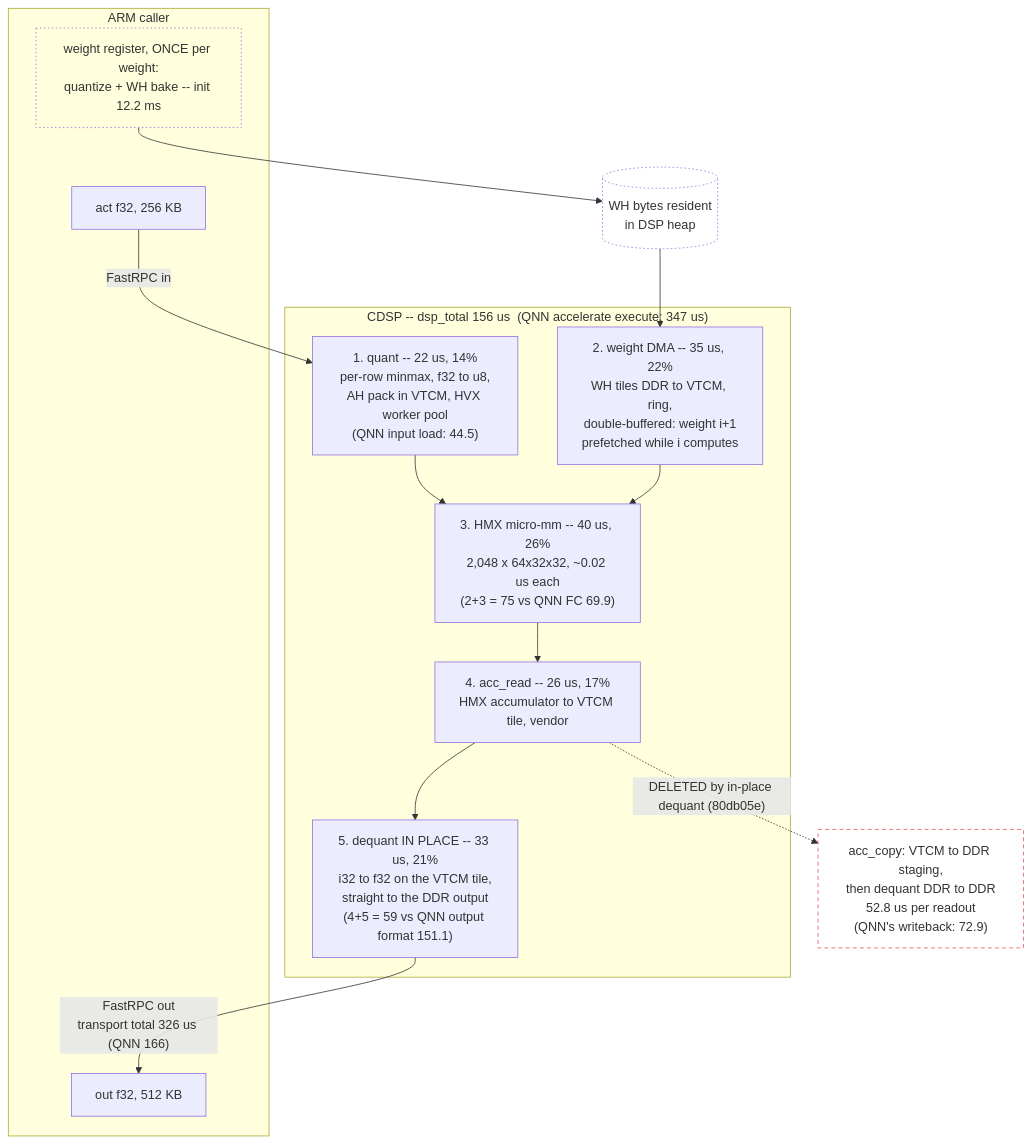
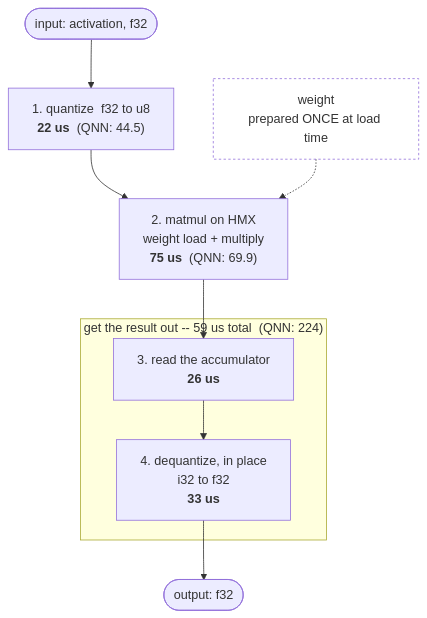
Before and after one commit to Seunghui98/nntrainer: the first of 2 diagrams in docs/htp_attention/34_fc_measured.md, drawn with Mermaid. The commit also changed other lines of this file, not shown here.

Commit message:
[doc] Redraw the FC flow for a first-time reader
The previous mermaid figure put every mechanism (DMA ring, VTCM, ramp
probe, transport) into one graph, which is the reference reader's diagram,
not the one you explain from. Split it: a four-step pipeline where each
box is one verb and one number with QNN's beside it, then a two-panel
BEFORE/NOW for the single change that carries the story -- the deleted
DDR copy. The full-detail figure stays below in ASCII.

````diff
--- a/docs/htp_attention/34_fc_measured.md
+++ b/docs/htp_attention/34_fc_measured.md
@@ -88,34 +88,22 @@
 ```mermaid
 flowchart TB
-  subgraph ARM["ARM caller"]
-    IN["act f32, 256 KB"]
-    OUT["out f32, 512 KB"]
-    REG["weight register, ONCE per weight:<br/>quantize + WH bake -- init 12.2 ms"]
+  IN(["input: activation, f32"])
+  W["weight<br/>prepared ONCE at load time"]
+
+  Q["1. quantize&nbsp;&nbsp;f32 to u8<br/><b>22 us</b>&nbsp;&nbsp;(QNN: 44.5)"]
+  MM["2. matmul on HMX<br/>weight load + multiply<br/><b>75 us</b>&nbsp;&nbsp;(QNN: 69.9)"]
+
+  subgraph OUTP["get the result out -- 59 us total&nbsp;&nbsp;(QNN: 224)"]
+    RD["3. read the accumulator<br/><b>26 us</b>"]
+    DQ["4. dequantize, in place<br/>i32 to f32<br/><b>33 us</b>"]
   end
 
-  subgraph DSP["CDSP -- dsp_total 156 us&nbsp;&nbsp;(QNN accelerate execute: 347 us)"]
-    Q["1. quant -- 22 us, 14%<br/>per-row minmax, f32 to u8,<br/>AH pack in VTCM, HVX worker pool<br/>(QNN input load: 44.5)"]
-    DMA["2. weight DMA -- 35 us, 22%<br/>WH tiles DDR to VTCM, ring,<br/>double-buffered: weight i+1<br/>prefetched while i computes"]
-    MM["3. HMX micro-mm -- 40 us, 26%<br/>2,048 x 64x32x32, ~0.02 us each<br/>(2+3 = 75 vs QNN FC 69.9)"]
-    RD["4. acc_read -- 26 us, 17%<br/>HMX accumulator to VTCM tile, vendor"]
-    DQ["5. dequant IN PLACE -- 33 us, 21%<br/>i32 to f32 on the VTCM tile,<br/>straight to the DDR output<br/>(4+5 = 59 vs QNN output format 151.1)"]
-  end
+  OUT(["output: f32"])
 
-  WH[("WH bytes resident<br/>in DSP heap")]
-  DEL["acc_copy: VTCM to DDR staging,<br/>then dequant DDR to DDR<br/>52.8 us per readout<br/>(QNN's writeback: 72.9)"]
+  IN --> Q --> MM
+  W -.-> MM
+  MM --> RD --> DQ --> OUT
 
-  IN -->|"FastRPC in"| Q
-  REG --> WH
-  WH --> DMA
-  Q --> MM
-  DMA --> MM
-  MM --> RD
-  RD --> DQ
-  DQ -->|"FastRPC out<br/>transport total 326 us (QNN 166)"| OUT
-  RD -.->|"DELETED by in-place dequant (80db05e)"| DEL
-
-  classDef del fill:none,stroke:#e45756,stroke-dasharray:5 4;
-  classDef once fill:none,stroke-dasharray:2 3;
-  class DEL del;
-  class REG,WH once;
+  classDef once fill:none,stroke-dasharray:3 3;
+  class W once;
 ```
````
